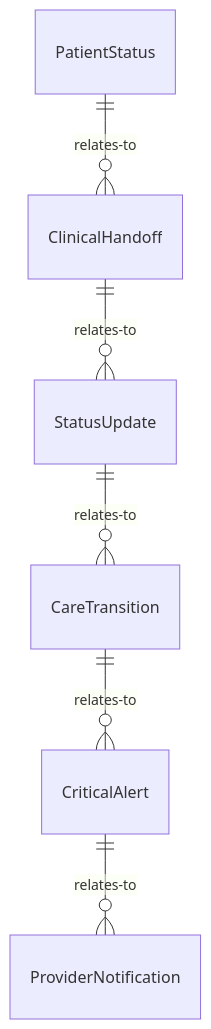
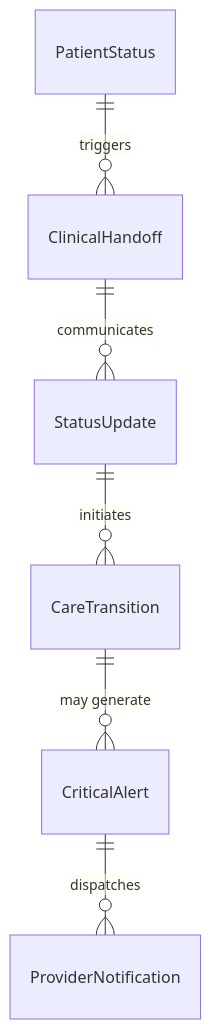
Before and after one commit to dot-org-ai/tasks.org.ai: the first of 4 diagrams in CommunicatingWithSupervisorsPeersOrSubordinates/ConferWithHealthcareOrOtherProfessionalsAboutPatientCare/CommunicatePatientStatusHealthPractitioners.mdx, drawn with Mermaid. The commit also changed other lines of this file and 515 other files, not shown here.

````diff
--- a/CommunicatingWithSupervisorsPeersOrSubordinates/ConferWithHealthcareOrOtherProfessionalsAboutPatientCare/CommunicatePatientStatusHealthPractitioners.mdx
+++ b/CommunicatingWithSupervisorsPeersOrSubordinates/ConferWithHealthcareOrOtherProfessionalsAboutPatientCare/CommunicatePatientStatusHealthPractitioners.mdx
@@ -89,8 +89,8 @@
 ```mermaid
 erDiagram
-    PatientStatus ||--o{ ClinicalHandoff : relates-to
-    ClinicalHandoff ||--o{ StatusUpdate : relates-to
-    StatusUpdate ||--o{ CareTransition : relates-to
-    CareTransition ||--o{ CriticalAlert : relates-to
-    CriticalAlert ||--o{ ProviderNotification : relates-to
+    PatientStatus ||--o{ ClinicalHandoff : triggers
+    ClinicalHandoff ||--o{ StatusUpdate : communicates
+    StatusUpdate ||--o{ CareTransition : initiates
+    CareTransition ||--o{ CriticalAlert : "may generate"
+    CriticalAlert ||--o{ ProviderNotification : dispatches
 ```
````
